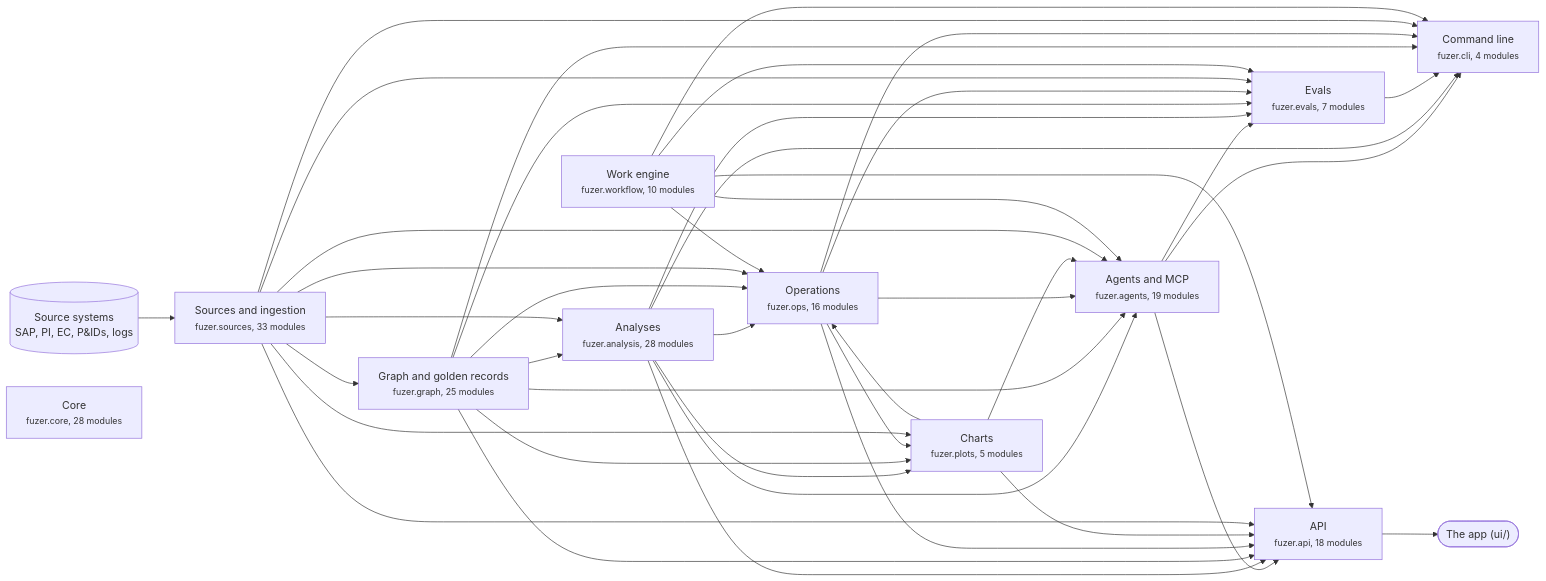
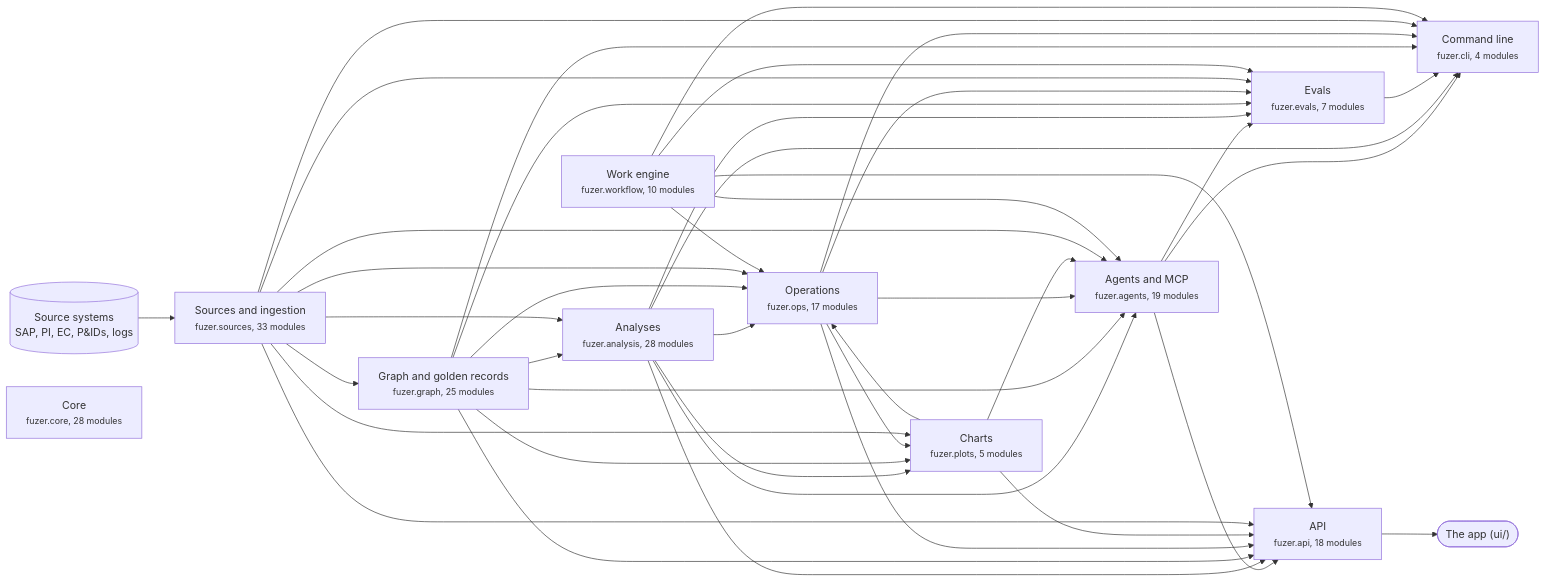
One commit to areed145/fuzer changed the first of 3 diagrams in docs/architecture.md. Above: the diagram before and after it, drawn with Mermaid. The commit also changed other lines of this file and 20 other files, not shown here.

````diff
--- a/docs/architecture.md
+++ b/docs/architecture.md
@@ -8,66 +8,66 @@
 ```mermaid
 flowchart LR
   systems[("Source systems<br>SAP, PI, EC, P&IDs, logs")] --> c_sources
   app(["The app (ui/)"])
   c_api --> app
   c_sources["Sources and ingestion<br><small>fuzer.sources, 33 modules</small>"]
   c_graph["Graph and golden records<br><small>fuzer.graph, 25 modules</small>"]
   c_analysis["Analyses<br><small>fuzer.analysis, 28 modules</small>"]
-  c_ops["Operations<br><small>fuzer.ops, 16 modules</small>"]
+  c_ops["Operations<br><small>fuzer.ops, 17 modules</small>"]
   c_plots["Charts<br><small>fuzer.plots, 5 modules</small>"]
   c_workflow["Work engine<br><small>fuzer.workflow, 10 modules</small>"]
   c_agents["Agents and MCP<br><small>fuzer.agents, 19 modules</small>"]
   c_evals["Evals<br><small>fuzer.evals, 7 modules</small>"]
   c_api["API<br><small>fuzer.api, 18 modules</small>"]
   c_cli["Command line<br><small>fuzer.cli, 4 modules</small>"]
   c_core["Core<br><small>fuzer.core, 28 modules</small>"]
   c_sources --> c_graph
   c_graph --> c_analysis
   c_sources --> c_analysis
   c_analysis --> c_ops
   c_graph --> c_ops
   c_plots --> c_ops
   c_sources --> c_ops
   c_workflow --> c_ops
   c_analysis --> c_plots
   c_graph --> c_plots
   c_ops --> c_plots
   c_sources --> c_plots
   c_analysis --> c_agents
   c_graph --> c_agents
   c_ops --> c_agents
   c_plots --> c_agents
   c_sources --> c_agents
   c_workflow --> c_agents
   c_agents --> c_evals
   c_analysis --> c_evals
   c_graph --> c_evals
   c_ops --> c_evals
   c_sources --> c_evals
   c_workflow --> c_evals
   c_agents --> c_api
   c_analysis --> c_api
   c_graph --> c_api
   c_ops --> c_api
   c_plots --> c_api
   c_sources --> c_api
   c_workflow --> c_api
   c_agents --> c_cli
   c_analysis --> c_cli
   c_evals --> c_cli
   c_graph --> c_cli
   c_ops --> c_cli
   c_sources --> c_cli
   c_workflow --> c_cli
   click c_sources "https://github.com/areed145/fuzer/tree/main/src/fuzer/sources"
   click c_graph "https://github.com/areed145/fuzer/tree/main/src/fuzer/graph"
   click c_analysis "https://github.com/areed145/fuzer/tree/main/src/fuzer/analysis"
   click c_ops "https://github.com/areed145/fuzer/tree/main/src/fuzer/ops"
   click c_plots "https://github.com/areed145/fuzer/tree/main/src/fuzer/plots"
   click c_workflow "https://github.com/areed145/fuzer/tree/main/src/fuzer/workflow"
   click c_agents "https://github.com/areed145/fuzer/tree/main/src/fuzer/agents"
   click c_evals "https://github.com/areed145/fuzer/tree/main/src/fuzer/evals"
   click c_api "https://github.com/areed145/fuzer/tree/main/src/fuzer/api"
   click c_cli "https://github.com/areed145/fuzer/tree/main/src/fuzer/cli"
   click c_core "https://github.com/areed145/fuzer/tree/main/src/fuzer/core"
 ```
````
